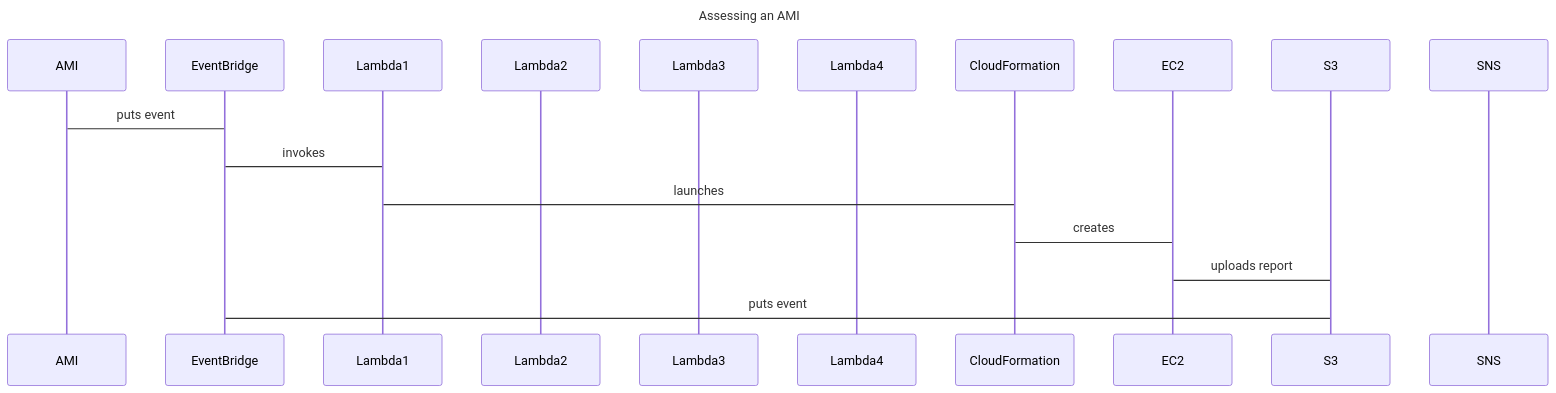
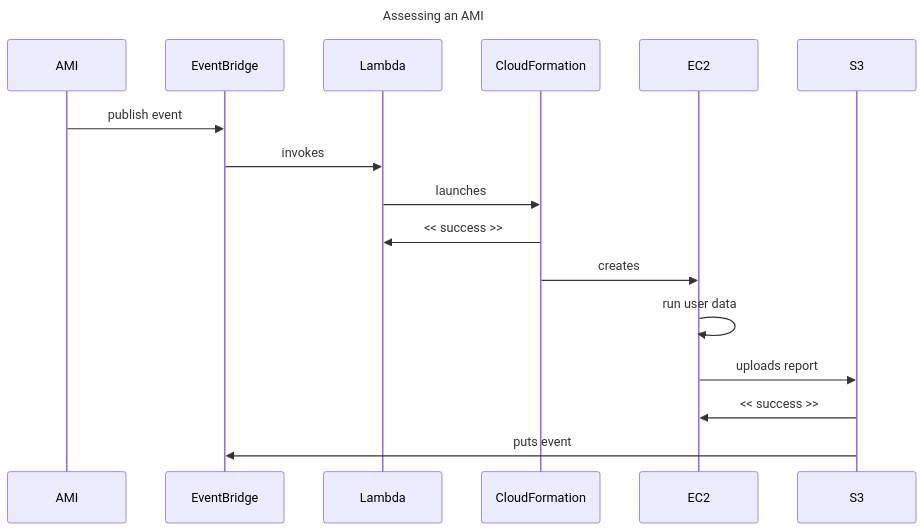
One commit to scottbrown/hardtarget changed the first of 4 diagrams in README.md. Above: the diagram before and after it, drawn with Mermaid. The commit also changed other lines of this file, not shown here.

Commit message:
Fixing diagram

````diff
--- a/README.md
+++ b/README.md
@@ -30,22 +30,21 @@
 ```mermaid
 sequenceDiagram
   title Assessing an AMI
 
   participant AMI
   participant EB as EventBridge
-  participant L1 as Lambda1
-  participant L2 as Lambda2
-  participant L3 as Lambda3
-  participant L4 as Lambda4
+  participant L as Lambda
   participant CFN as CloudFormation
   participant EC2
   participant S3
-  participant SNS
 
-  AMI->EB: puts event
-  EB->L1: invokes
-  L1->CFN: launches
-  CFN->EC2: creates
-  EC2->S3: uploads report
-  S3->EB: puts event
+  AMI->>EB: publish event
+  EB->>L: invokes
+  L->>CFN: launches
+  CFN->>L: << success >>
+  CFN->>EC2: creates
+  EC2->>EC2: run user data
+  EC2->>S3: uploads report
+  S3->>EC2: << success >>
+  S3->>EB: puts event
 ```
````
